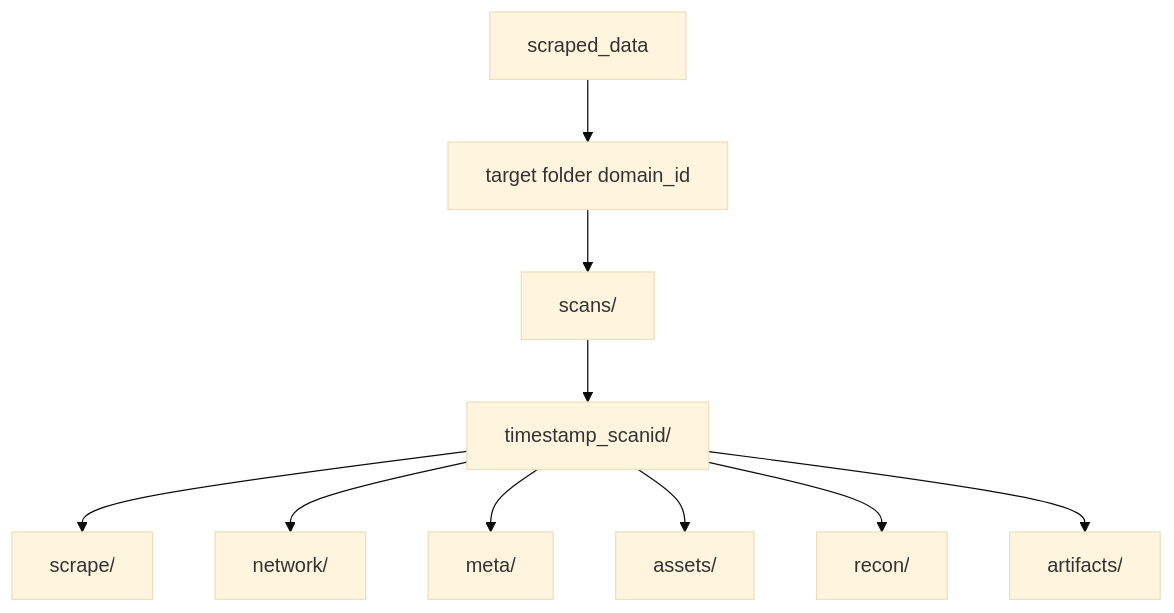
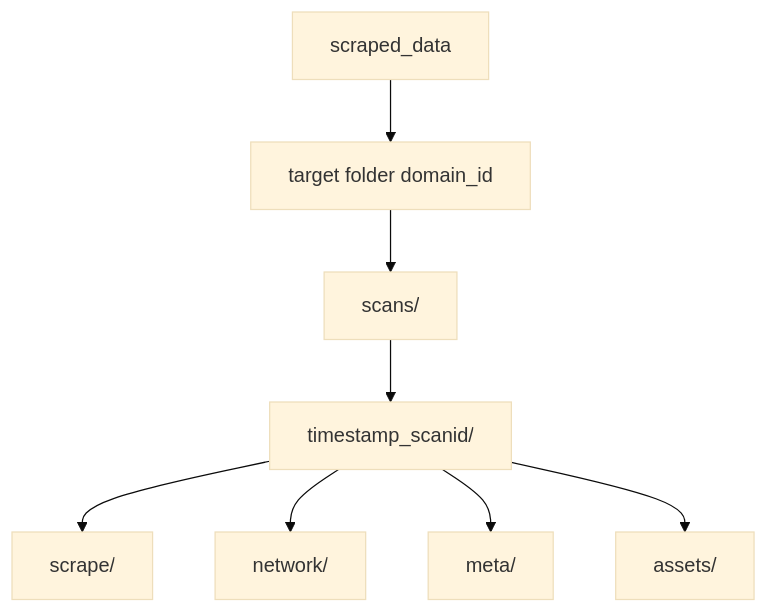
Before and after one commit to Shellghostt/WebVac: the third of 5 diagrams in docs/architecture/DATA.md, drawn with Mermaid (base theme). The commit also changed other lines of this file and 13 other files, not shown here.

First line of the commit message:
Refresh docs for the scrape-only product flow.

````diff
--- a/docs/architecture/DATA.md
+++ b/docs/architecture/DATA.md
@@ -62,12 +59,10 @@
 ```mermaid
 flowchart TB
   Root[scraped_data] --> Target["target folder domain_id"]
   Target --> Scans[scans/]
   Scans --> Scan["timestamp_scanid/"]
   Scan --> Scrape[scrape/]
   Scan --> Network[network/]
   Scan --> Meta[meta/]
   Scan --> Assets[assets/]
-  Scan --> Recon[recon/]
-  Scan --> Artifacts[artifacts/]
 ```
````
